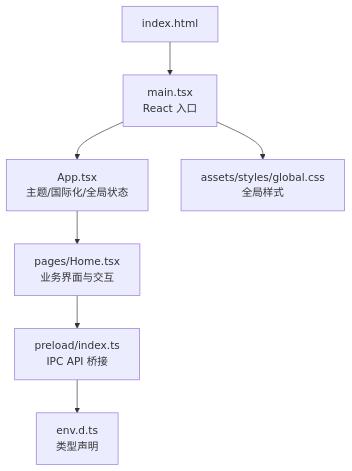
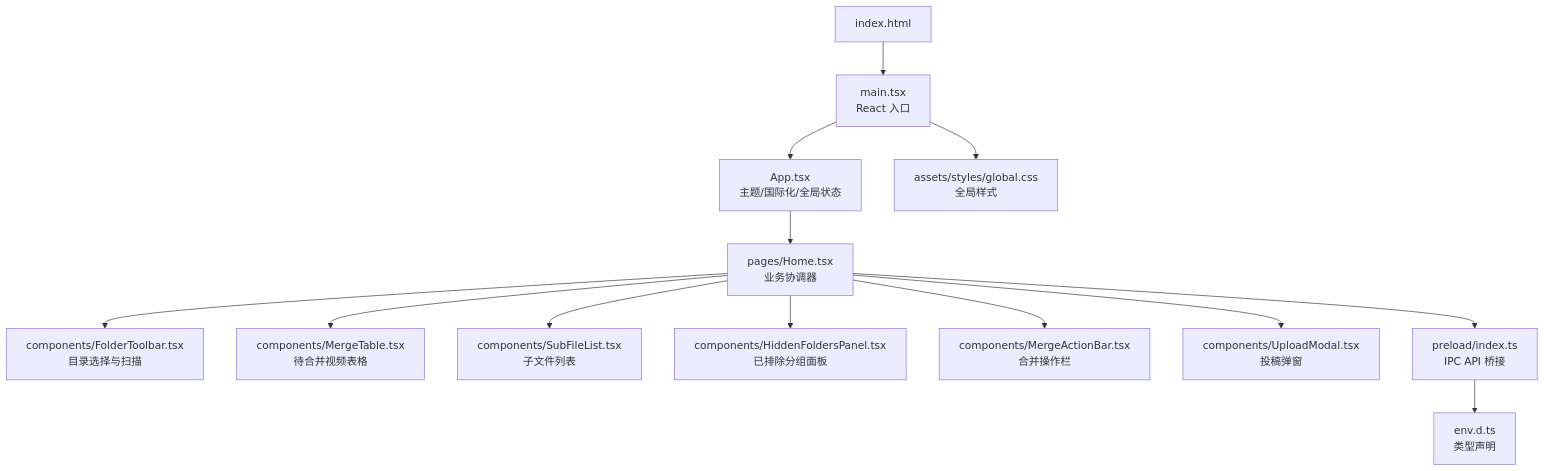
The first of 5 diagrams in .qoder/repowiki/zh/content/架构设计/渲染进程架构.md (HoarfrostKimi/Video-Merger), drawn with Mermaid before and after one commit. The commit also changed other lines of this file and 43 other files, not shown here.

````diff
--- a/.qoder/repowiki/zh/content/架构设计/渲染进程架构.md
+++ b/.qoder/repowiki/zh/content/架构设计/渲染进程架构.md
@@ -35,9 +55,15 @@
 ```mermaid
 graph TB
 HTML["index.html"] --> MAIN_TSX["main.tsx<br/>React 入口"]
 MAIN_TSX --> APP_TSX["App.tsx<br/>主题/国际化/全局状态"]
-APP_TSX --> HOME_TSX["pages/Home.tsx<br/>业务界面与交互"]
+APP_TSX --> HOME_TSX["pages/Home.tsx<br/>业务协调器"]
+HOME_TSX --> FOLDER_TOOLBAR["components/FolderToolbar.tsx<br/>目录选择与扫描"]
+HOME_TSX --> MERGE_TABLE["components/MergeTable.tsx<br/>待合并视频表格"]
+HOME_TSX --> SUB_FILE_LIST["components/SubFileList.tsx<br/>子文件列表"]
+HOME_TSX --> HIDDEN_PANEL["components/HiddenFoldersPanel.tsx<br/>已排除分组面板"]
+HOME_TSX --> MERGE_ACTION["components/MergeActionBar.tsx<br/>合并操作栏"]
+HOME_TSX --> UPLOAD_MODAL["components/UploadModal.tsx<br/>投稿弹窗"]
 HOME_TSX --> PRELOAD["preload/index.ts<br/>IPC API 桥接"]
 PRELOAD --> ENV_DTS["env.d.ts<br/>类型声明"]
 MAIN_TSX --> GLOBAL_CSS["assets/styles/global.css<br/>全局样式"]
 ```
````
